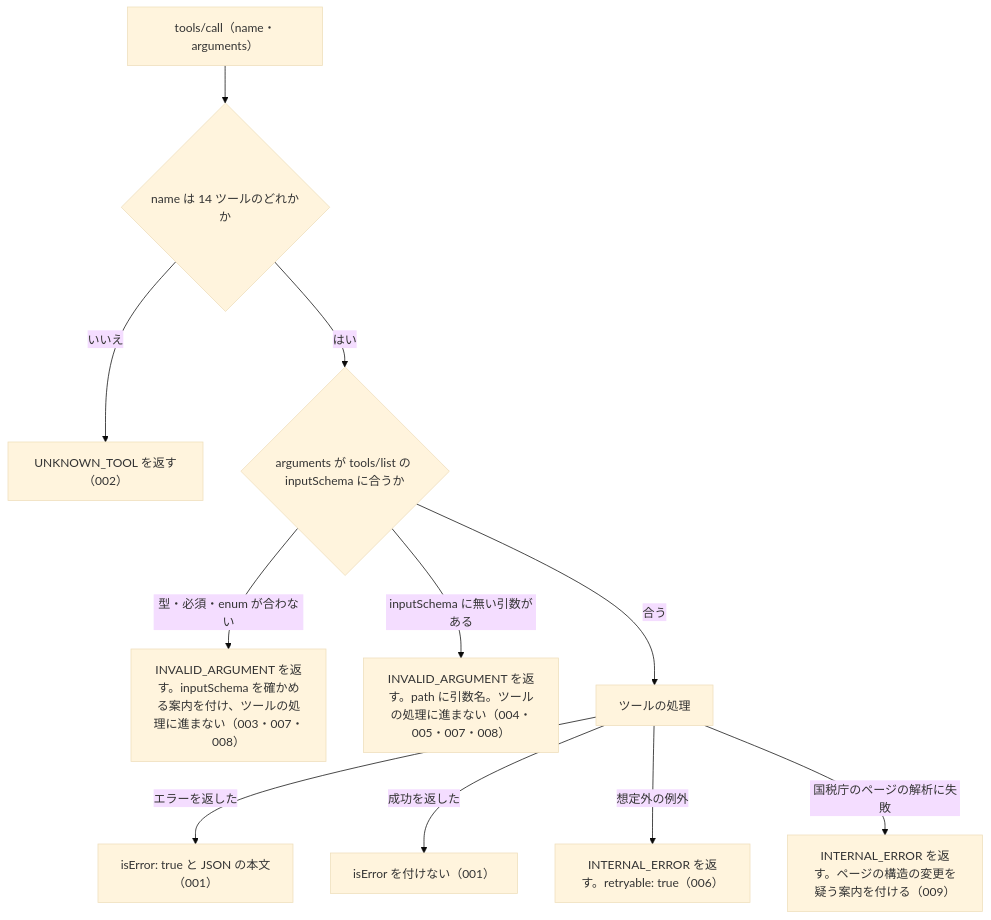
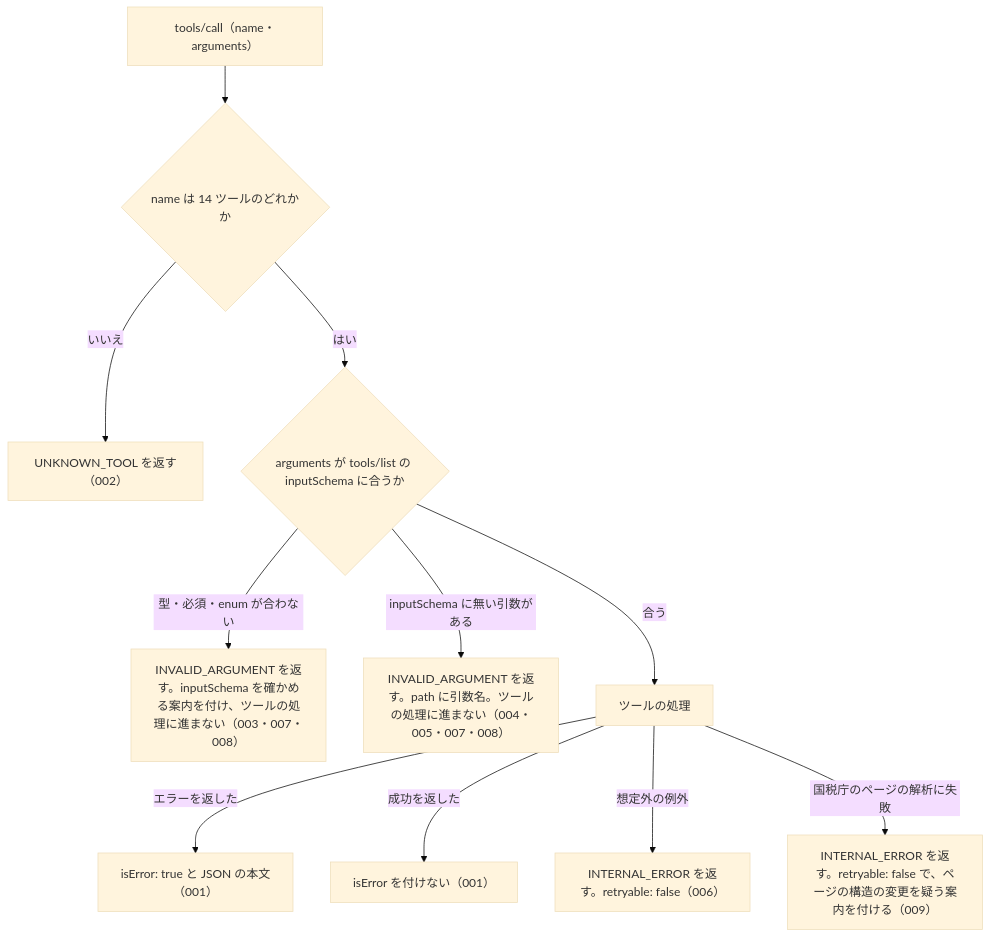
Before and after one commit to shuji-bonji/houki-nta-mcp: the diagram in specs/current/common_errors/spec.md, drawn with Mermaid (base theme). The commit also changed other lines of this file and 30 other files, not shown here.

````diff
--- a/specs/current/common_errors/spec.md
+++ b/specs/current/common_errors/spec.md
@@ -74,13 +74,13 @@
 ```mermaid
 flowchart TD
   A["tools/call（name・arguments）"] --> B{"name は 14 ツールのどれかか"}
   B -- いいえ --> E1["UNKNOWN_TOOL を返す（002）"]
   B -- はい --> C{"arguments が tools/list の inputSchema に合うか"}
   C -- "型・必須・enum が合わない" --> E2["INVALID_ARGUMENT を返す。inputSchema を確かめる案内を付け、ツールの処理に進まない（003・007・008）"]
   C -- "inputSchema に無い引数がある" --> E3["INVALID_ARGUMENT を返す。path に引数名。ツールの処理に進まない（004・005・007・008）"]
   C -- 合う --> D["ツールの処理"]
   D -- "エラーを返した" --> F["isError: true と JSON の本文（001）"]
   D -- "成功を返した" --> G["isError を付けない（001）"]
-  D -- "想定外の例外" --> E4["INTERNAL_ERROR を返す。retryable: true（006）"]
-  D -- "国税庁のページの解析に失敗" --> E5["INTERNAL_ERROR を返す。ページの構造の変更を疑う案内を付ける（009）"]
+  D -- "想定外の例外" --> E4["INTERNAL_ERROR を返す。retryable: false（006）"]
+  D -- "国税庁のページの解析に失敗" --> E5["INTERNAL_ERROR を返す。retryable: false で、ページの構造の変更を疑う案内を付ける（009）"]
 ```
````
